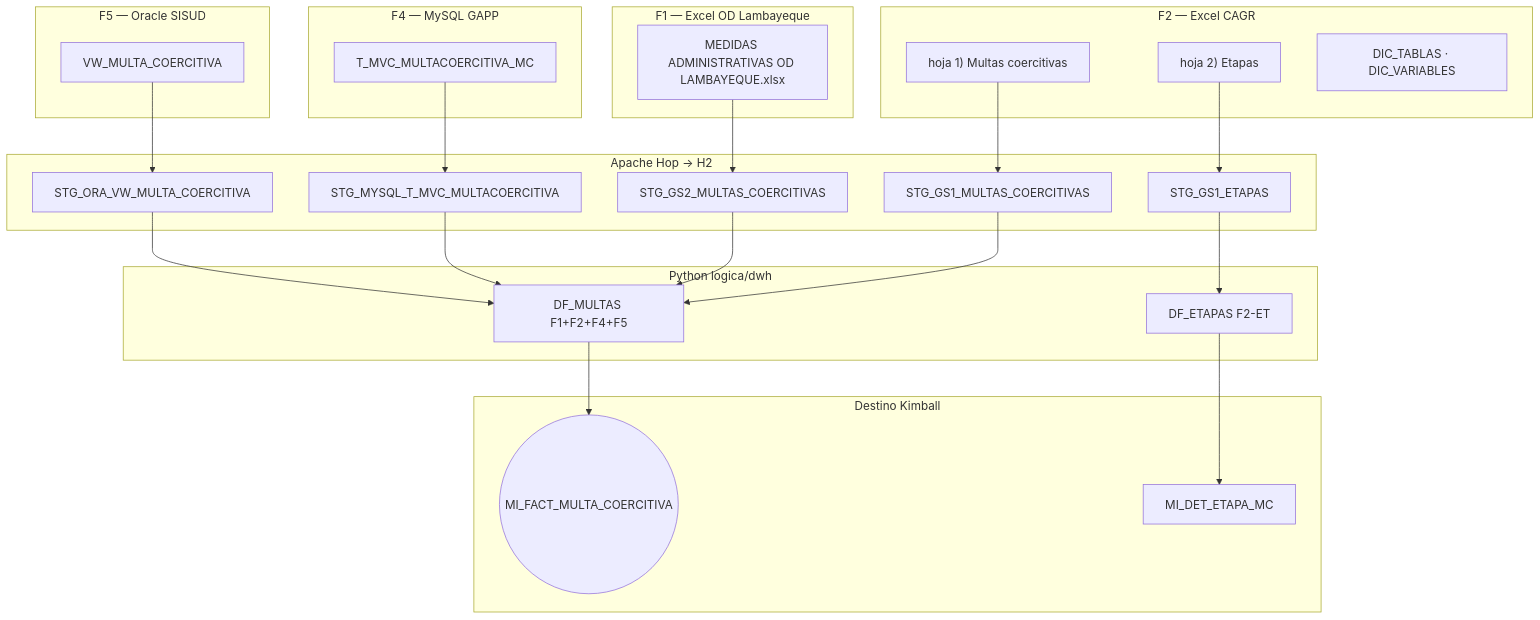
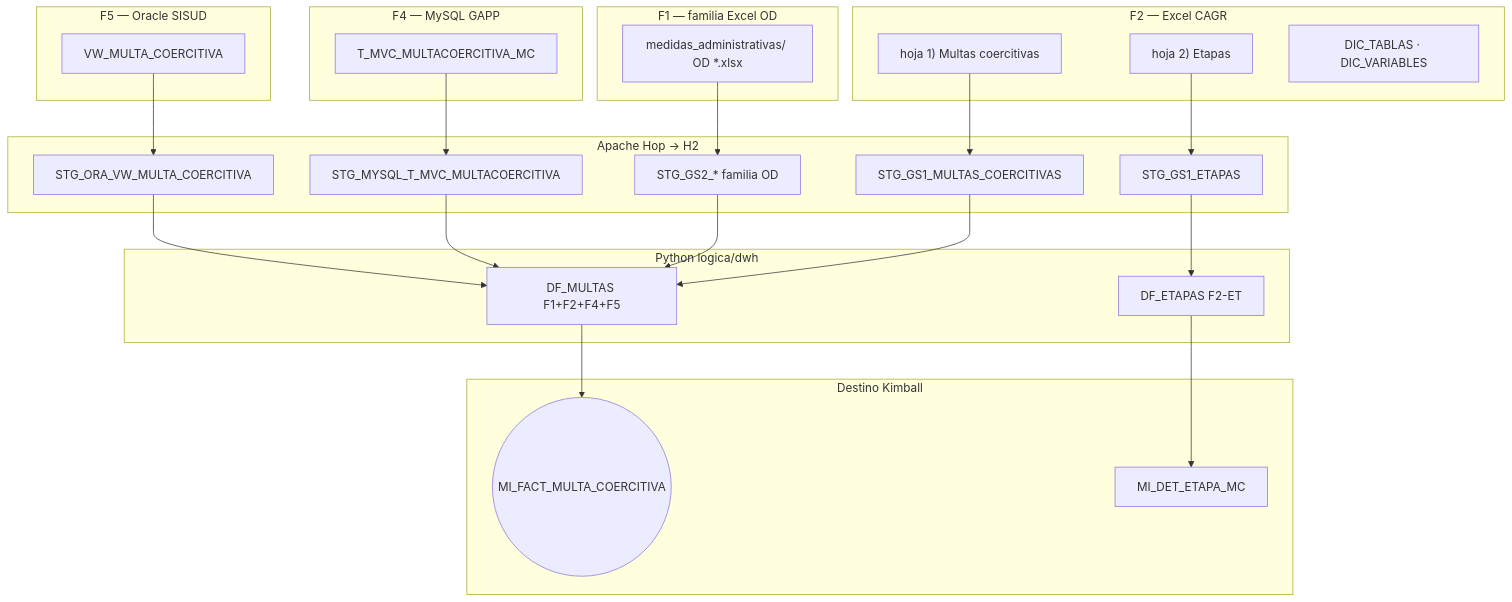
The first of 3 diagrams in docs/adjuntos/modelo-kimball.md (nwodevops/multa_informes_etl), drawn with Mermaid before and after one commit. The commit also changed other lines of this file and 23 other files, not shown here.

````diff
--- a/docs/adjuntos/modelo-kimball.md
+++ b/docs/adjuntos/modelo-kimball.md
@@ -16,39 +16,39 @@
 ```mermaid
 flowchart TB
-  subgraph F1 [F1 — Excel OD Lambayeque]
-    X1["MEDIDAS ADMINISTRATIVAS OD LAMBAYEQUE.xlsx"]
+  subgraph F1 [F1 — familia Excel OD]
+    X1["medidas_administrativas/ OD *.xlsx"]
   end
   subgraph F2 [F2 — Excel CAGR]
     X2M["hoja 1) Multas coercitivas"]
     X2E["hoja 2) Etapas"]
     X2D["DIC_TABLAS · DIC_VARIABLES"]
   end
   subgraph F4 [F4 — MySQL GAPP]
     M4["T_MVC_MULTACOERCITIVA_MC"]
   end
   subgraph F5 [F5 — Oracle SISUD]
     O5["VW_MULTA_COERCITIVA"]
   end
   subgraph hop [Apache Hop → H2]
-    S2["STG_GS2_MULTAS_COERCITIVAS"]
+    S2["STG_GS2_* familia OD"]
     S1["STG_GS1_MULTAS_COERCITIVAS"]
     SE["STG_GS1_ETAPAS"]
     SM["STG_MYSQL_T_MVC_MULTACOERCITIVA"]
     SV["STG_ORA_VW_MULTA_COERCITIVA"]
   end
   subgraph python [Python logica/dwh]
     DF_M["DF_MULTAS F1+F2+F4+F5"]
     DF_E["DF_ETAPAS F2-ET"]
   end
   subgraph destino [Destino Kimball]
     FMC(("MI_FACT_MULTA_COERCITIVA"))
     DET["MI_DET_ETAPA_MC"]
   end
   X1 --> S2 --> DF_M
   X2M --> S1 --> DF_M
   X2E --> SE --> DF_E
   M4 --> SM --> DF_M
   O5 --> SV --> DF_M
   DF_M --> FMC
   DF_E --> DET
 ```
````
